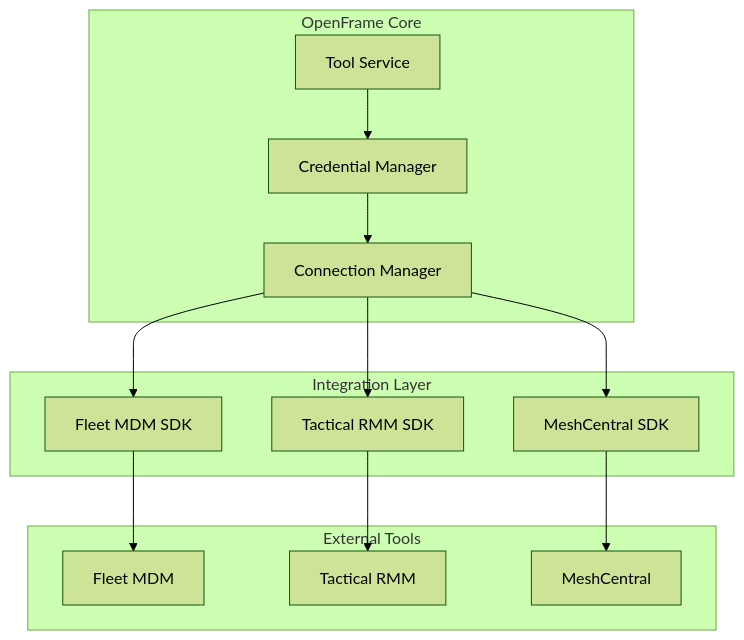
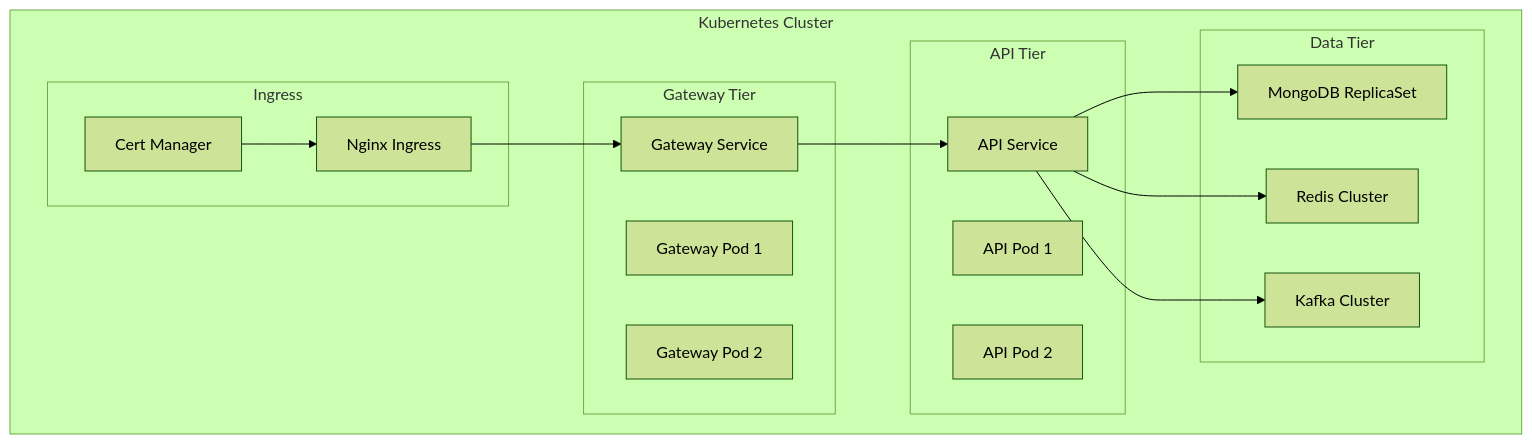
Before and after one commit to flamingo-stack/openframe-oss-lib: diagram 17 of 18 in docs/development/architecture/overview.md, drawn with Mermaid (forest theme). The commit also changed other lines of this file and 12 other files, not shown here.

````diff
--- a/docs/development/architecture/overview.md
+++ b/docs/development/architecture/overview.md
@@ -596,31 +678,35 @@
 ```mermaid
-graph TB
-    subgraph "OpenFrame Core"
-        TOOL_SERVICE[Tool Service]
-        CREDENTIAL_MGR[Credential Manager]
-        CONNECTION_MGR[Connection Manager]
+graph TD
+    subgraph "Kubernetes Cluster"
+        subgraph "API Tier"
+            API_POD1[API Pod 1]
+            API_POD2[API Pod 2] 
+            API_SVC[API Service]
+        end
+        
+        subgraph "Gateway Tier"  
+            GW_POD1[Gateway Pod 1]
+            GW_POD2[Gateway Pod 2]
+            GW_SVC[Gateway Service]
+        end
+        
+        subgraph "Data Tier"
+            MONGO_SET[MongoDB ReplicaSet]
+            REDIS_CLUSTER[Redis Cluster]
+            KAFKA_CLUSTER[Kafka Cluster]
+        end
+        
+        subgraph "Ingress"
+            INGRESS[Nginx Ingress]
+            CERT[Cert Manager]
+        end
     end
     
-    subgraph "Integration Layer"
-        SDK_FLEET[Fleet MDM SDK]
-        SDK_TACTICAL[Tactical RMM SDK] 
-        SDK_MESH[MeshCentral SDK]
-    end
+    INGRESS --> GW_SVC
+    GW_SVC --> API_SVC
+    API_SVC --> MONGO_SET
+    API_SVC --> REDIS_CLUSTER
+    API_SVC --> KAFKA_CLUSTER
     
-    subgraph "External Tools"
-        FLEET[Fleet MDM]
-        TACTICAL[Tactical RMM]
-        MESH[MeshCentral]
-    end
-    
-    TOOL_SERVICE --> CREDENTIAL_MGR
-    CREDENTIAL_MGR --> CONNECTION_MGR
-    
-    CONNECTION_MGR --> SDK_FLEET
-    CONNECTION_MGR --> SDK_TACTICAL
-    CONNECTION_MGR --> SDK_MESH
-    
-    SDK_FLEET --> FLEET
-    SDK_TACTICAL --> TACTICAL
-    SDK_MESH --> MESH
+    CERT --> INGRESS
 ```
````
